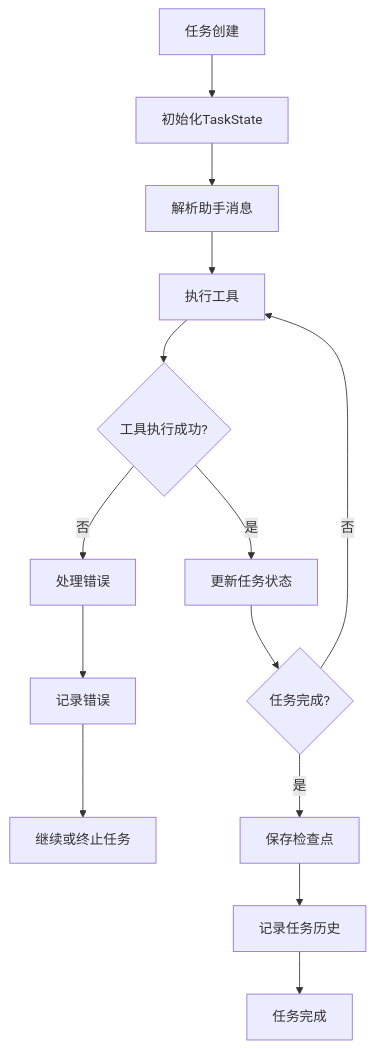
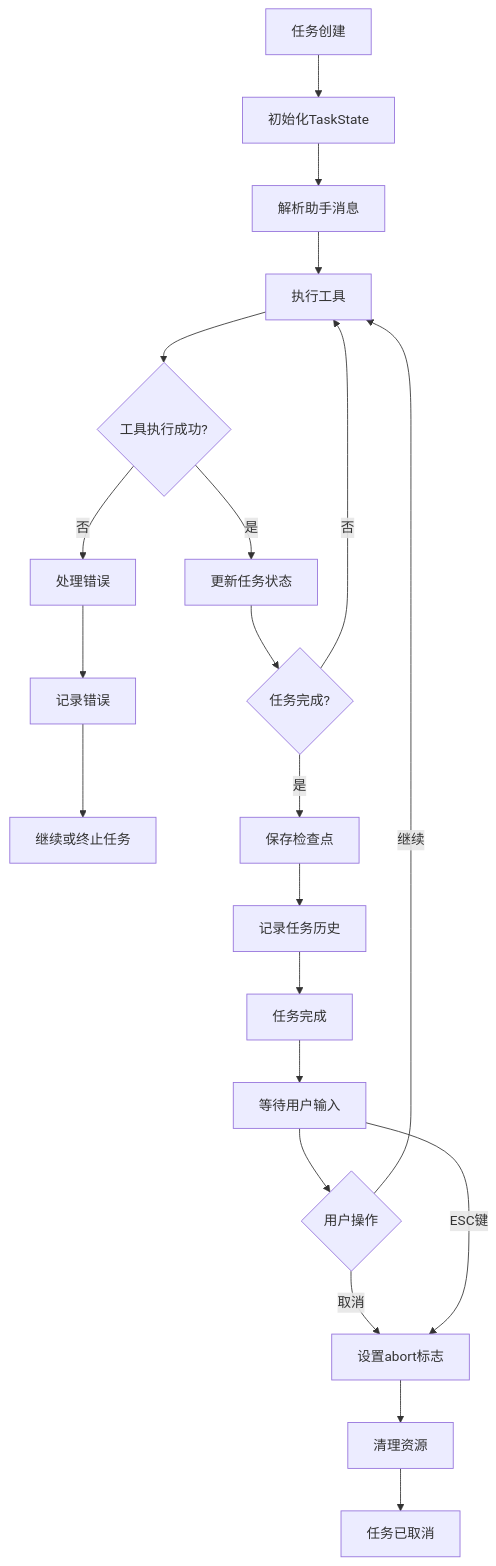
One commit to fix-echo/cline changed the diagram in .qoder/repowiki/zh/content/核心功能/任务自动化.md. Above: the diagram before and after it, drawn with Mermaid. The commit also changed other lines of this file and 17 other files, not shown here.

````diff
--- a/.qoder/repowiki/zh/content/核心功能/任务自动化.md
+++ b/.qoder/repowiki/zh/content/核心功能/任务自动化.md
@@ -56,16 +66,23 @@
 ```mermaid
 flowchart TD
 A[任务创建] --> B[初始化TaskState]
 B --> C[解析助手消息]
 C --> D[执行工具]
 D --> E{工具执行成功?}
 E --> |是| F[更新任务状态]
 E --> |否| G[处理错误]
 G --> H[记录错误]
 H --> I[继续或终止任务]
 F --> J{任务完成?}
 J --> |否| D
 J --> |是| K[保存检查点]
 K --> L[记录任务历史]
 L --> M[任务完成]
+M --> N[等待用户输入]
+N --> O{用户操作}
+O --> |继续| D
+O --> |取消| P[设置abort标志]
+P --> Q[清理资源]
+Q --> R[任务已取消]
+N --> |ESC键| P
 ```
````
